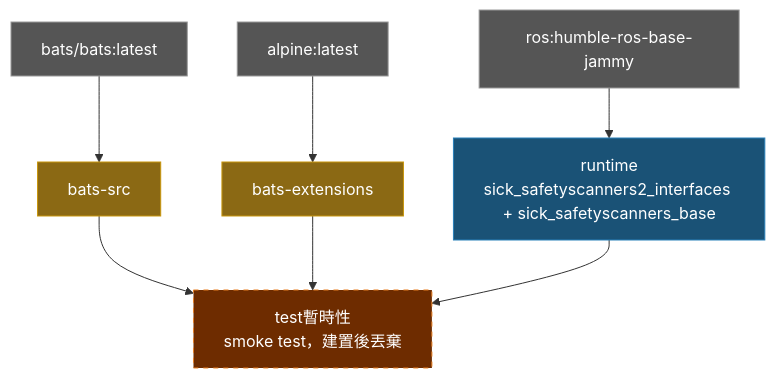
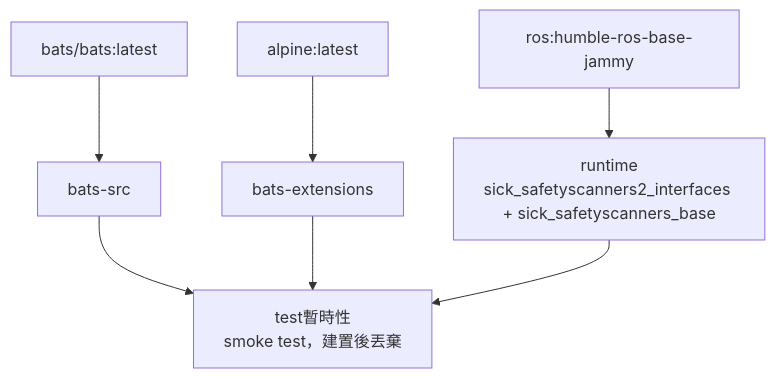
Before and after one commit to ycpss91255-docker/sick_humble: the diagram in doc/README.zh-TW.md, drawn with Mermaid. The commit also changed 3 other files, not shown here.

Commit message:
docs: remove mermaid background colors from architecture diagrams (#15)

````diff
--- a/doc/README.zh-TW.md
+++ b/doc/README.zh-TW.md
@@ -83,20 +83,16 @@
 ```mermaid
 graph TD
-    EXT1["bats/bats:latest"]:::external
-    EXT2["alpine:latest"]:::external
-    EXT3["ros:humble-ros-base-jammy"]:::external
+    EXT1["bats/bats:latest"]
+    EXT2["alpine:latest"]
+    EXT3["ros:humble-ros-base-jammy"]
 
-    EXT1 --> bats-src["bats-src"]:::tool
-    EXT2 --> bats-ext["bats-extensions"]:::tool
+    EXT1 --> bats-src["bats-src"]
+    EXT2 --> bats-ext["bats-extensions"]
 
-    EXT3 --> runtime["runtime\nsick_safetyscanners2_interfaces + sick_safetyscanners_base"]:::stage
+    EXT3 --> runtime["runtime\nsick_safetyscanners2_interfaces + sick_safetyscanners_base"]
 
-    bats-src --> test["test暫時性\nsmoke test，建置後丟棄"]:::ephemeral
+    bats-src --> test["test暫時性\nsmoke test，建置後丟棄"]
     bats-ext --> test
     runtime --> test
 
-    classDef external fill:#555,color:#fff,stroke:#999
-    classDef tool fill:#8B6914,color:#fff,stroke:#c8960c
-    classDef stage fill:#1a5276,color:#fff,stroke:#2980b9
-    classDef ephemeral fill:#6e2c00,color:#fff,stroke:#e67e22,stroke-dasharray:5 5
 ```
````
